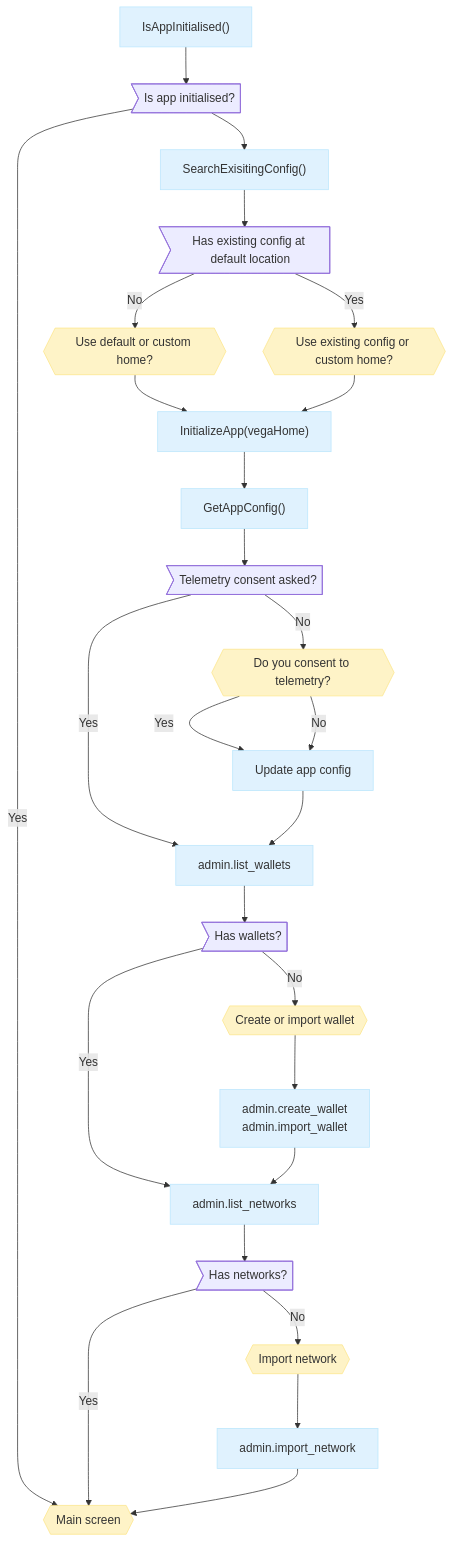
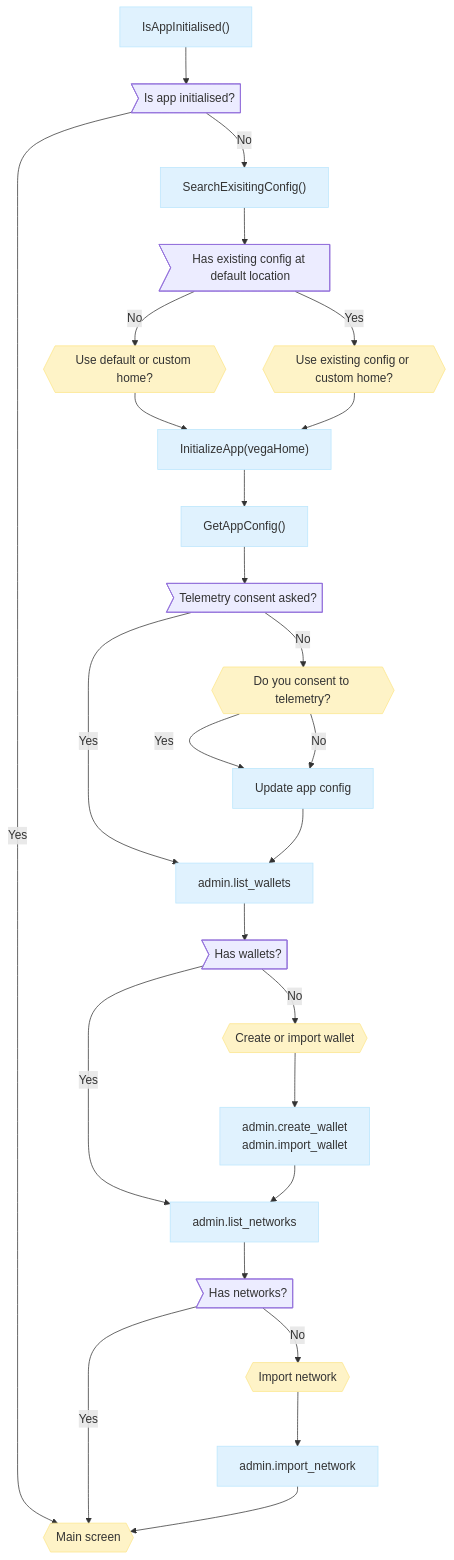
The diagram in docs/on-boarding-workflow.md (vegaprotocol/vegawallet-desktop), drawn with Mermaid before and after one commit.

Commit message:
fix: Correct on-boarding graph in wallet documentation

````diff
--- a/docs/on-boarding-workflow.md
+++ b/docs/on-boarding-workflow.md
@@ -7,31 +7,31 @@
 ```mermaid
 flowchart TB
     be_iai["IsAppInitialised()"]:::be --> iai
     iai>Is app initialised?] -- Yes --> d_ms{{Main screen}}:::ui
-    iai --> be_sec["SearchExisitingConfig()"]
+    iai -- No --> be_sec["SearchExisitingConfig()"]
     be_sec:::be --> sec>Has existing config at default location]
     sec -- Yes --> d_exoch{{Use existing config or custom home?}}:::ui
     sec -- No --> d_doch{{Use default or custom home?}}:::ui
     d_doch --> be_ia["InitializeApp(vegaHome)"]:::be
     d_exoch --> be_ia
     be_ia --> gac["GetAppConfig()"]:::be
     gac --> tca>Telemetry consent asked?]
     tca -- Yes --> be_hw[admin.list_wallets]:::be
     tca -- No --> d_tc{{Do you consent to telemetry?}}:::ui
     d_tc -- Yes --> be_sc[Update app config]:::be
     d_tc -- No --> be_sc[Update app config]:::be
     be_sc --> be_hw
     be_hw --> hw>Has wallets?]
     hw -- Yes --> be_hn[admin.list_networks]:::be
     be_hn --> hn>Has networks?]
     hw -- No --> d_coiw{{Create or import wallet}}:::ui
     d_coiw --> be_coiw[admin.create_wallet\nadmin.import_wallet]:::be
     be_coiw --> be_hn
     hn -- Yes --> d_ms
     hn -- No --> d_in{{Import network}}:::ui
     d_in --> be_in[admin.import_network]:::be
     be_in --> d_ms
 
     classDef ui fill:#FEF3C7,stroke:#FDE68A;
     classDef be fill:#E0F2FE,stroke:#BAE6FD;
 ```
````
